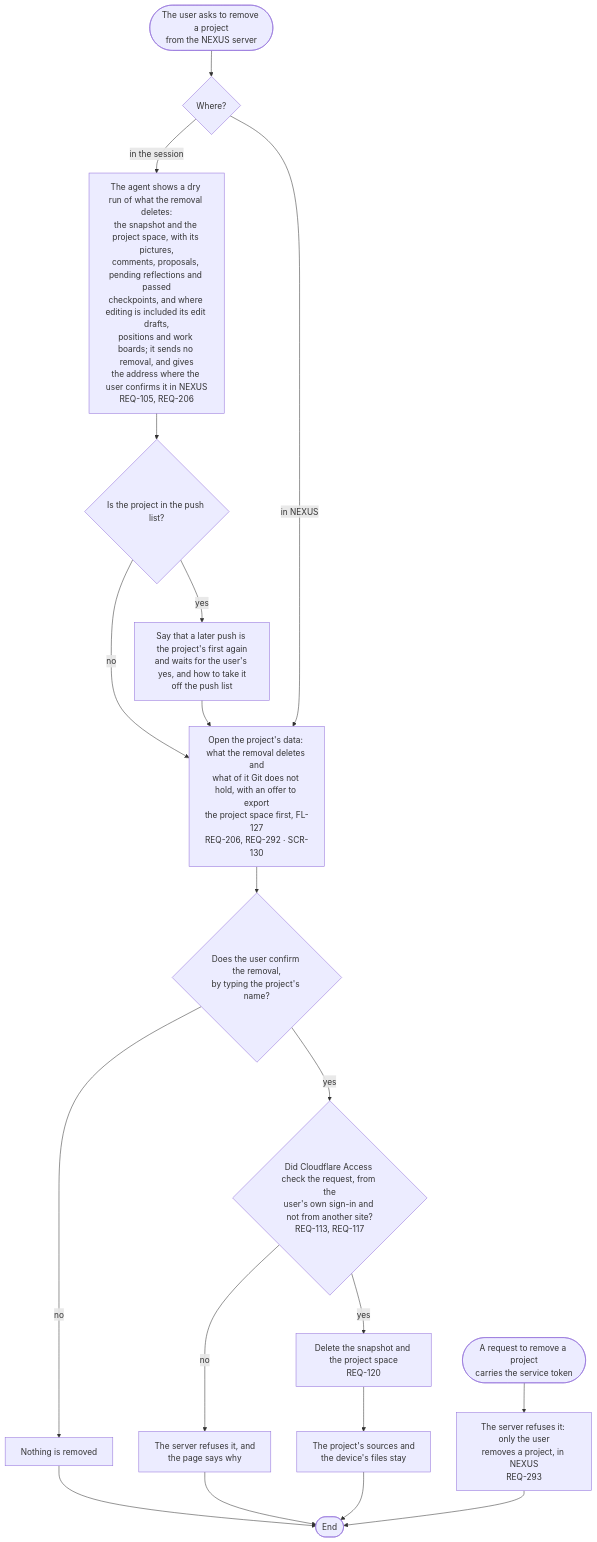
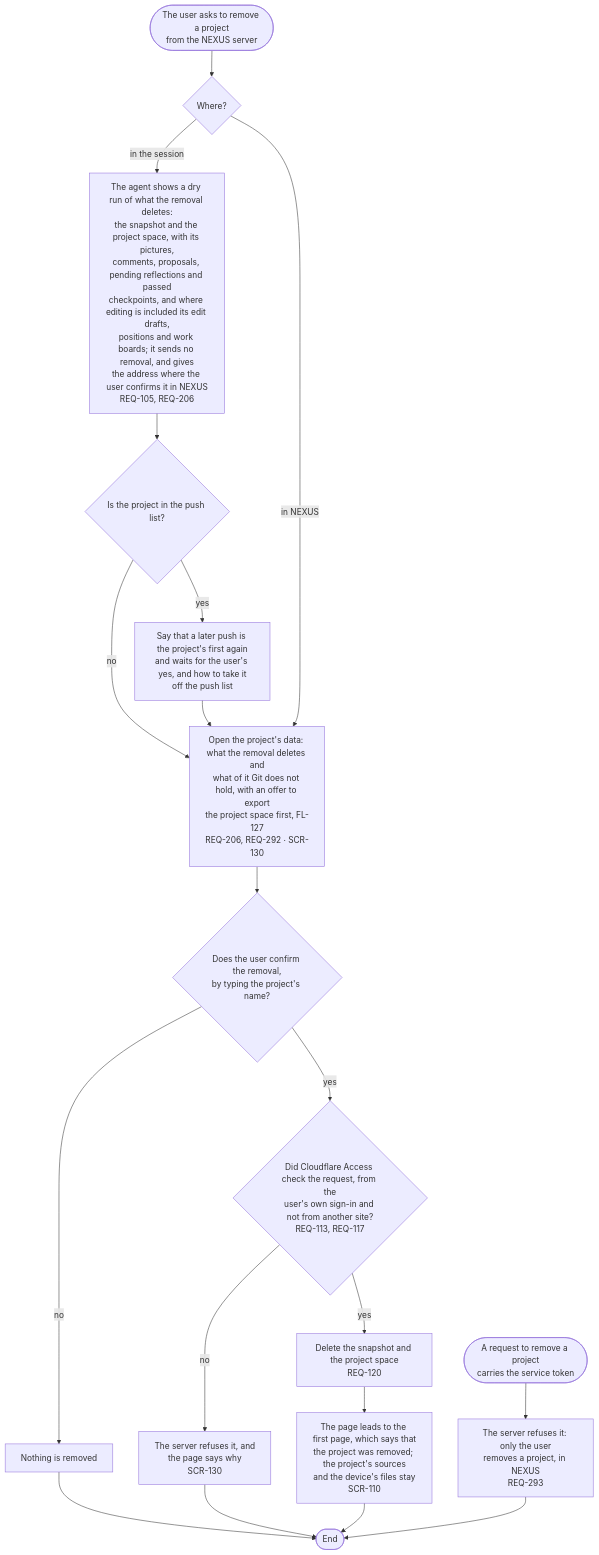
The diagram in docs/03-user-flow/nexus/FL-114-remove-a-project.md (kodonghui/corthex-nexus), drawn with Mermaid before and after one commit. The commit also changed 22 other files, not shown here.

````diff
--- a/docs/03-user-flow/nexus/FL-114-remove-a-project.md
+++ b/docs/03-user-flow/nexus/FL-114-remove-a-project.md
@@ -9,21 +9,21 @@
 ```mermaid
 flowchart TD
   A(["The user asks to remove a project<br/>from the NEXUS server"]) --> B{"Where?"}
   B -->|in the session| B1["The agent shows a dry run of what the removal deletes:<br/>the snapshot and the project space, with its pictures,<br/>comments, proposals, pending reflections and passed<br/>checkpoints, and where editing is included its edit drafts,<br/>positions and work boards; it sends no removal, and gives<br/>the address where the user confirms it in NEXUS<br/>REQ-105, REQ-206"]
   B1 --> B2{"Is the project in the push list?"}
   B2 -->|yes| B3["Say that a later push is the project's first again<br/>and waits for the user's yes, and how to take it<br/>off the push list"]
   B2 -->|no| C
   B3 --> C
   B -->|in NEXUS| C["Open the project's data: what the removal deletes and<br/>what of it Git does not hold, with an offer to export<br/>the project space first, FL-127<br/>REQ-206, REQ-292 · SCR-130"]
   C --> D{"Does the user confirm the removal,<br/>by typing the project's name?"}
   D -->|no| D1["Nothing is removed"]
   D1 --> Z(["End"])
   D -->|yes| E{"Did Cloudflare Access check the request, from the<br/>user's own sign-in and not from another site?<br/>REQ-113, REQ-117"}
-  E -->|no| E1["The server refuses it, and<br/>the page says why"]
+  E -->|no| E1["The server refuses it, and<br/>the page says why<br/>SCR-130"]
   E1 --> Z
   E -->|yes| F["Delete the snapshot and the project space<br/>REQ-120"]
-  F --> G["The project's sources and<br/>the device's files stay"]
+  F --> G["The page leads to the first page, which says that<br/>the project was removed; the project's sources<br/>and the device's files stay<br/>SCR-110"]
   G --> Z
   X(["A request to remove a project<br/>carries the service token"]) --> X1["The server refuses it: only the user<br/>removes a project, in NEXUS<br/>REQ-293"]
   X1 --> Z
 ```
````
